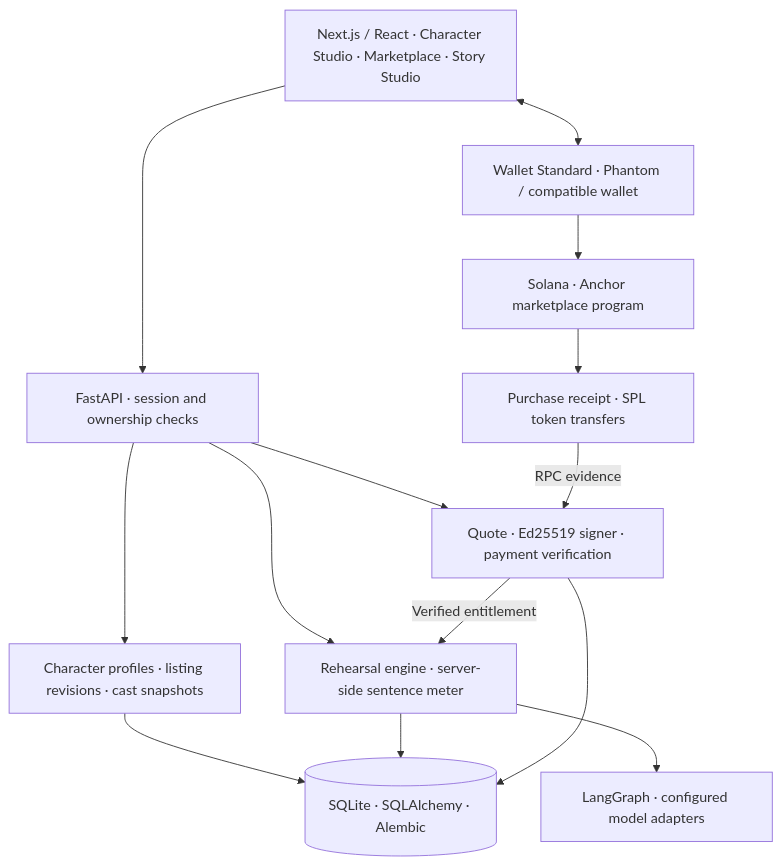
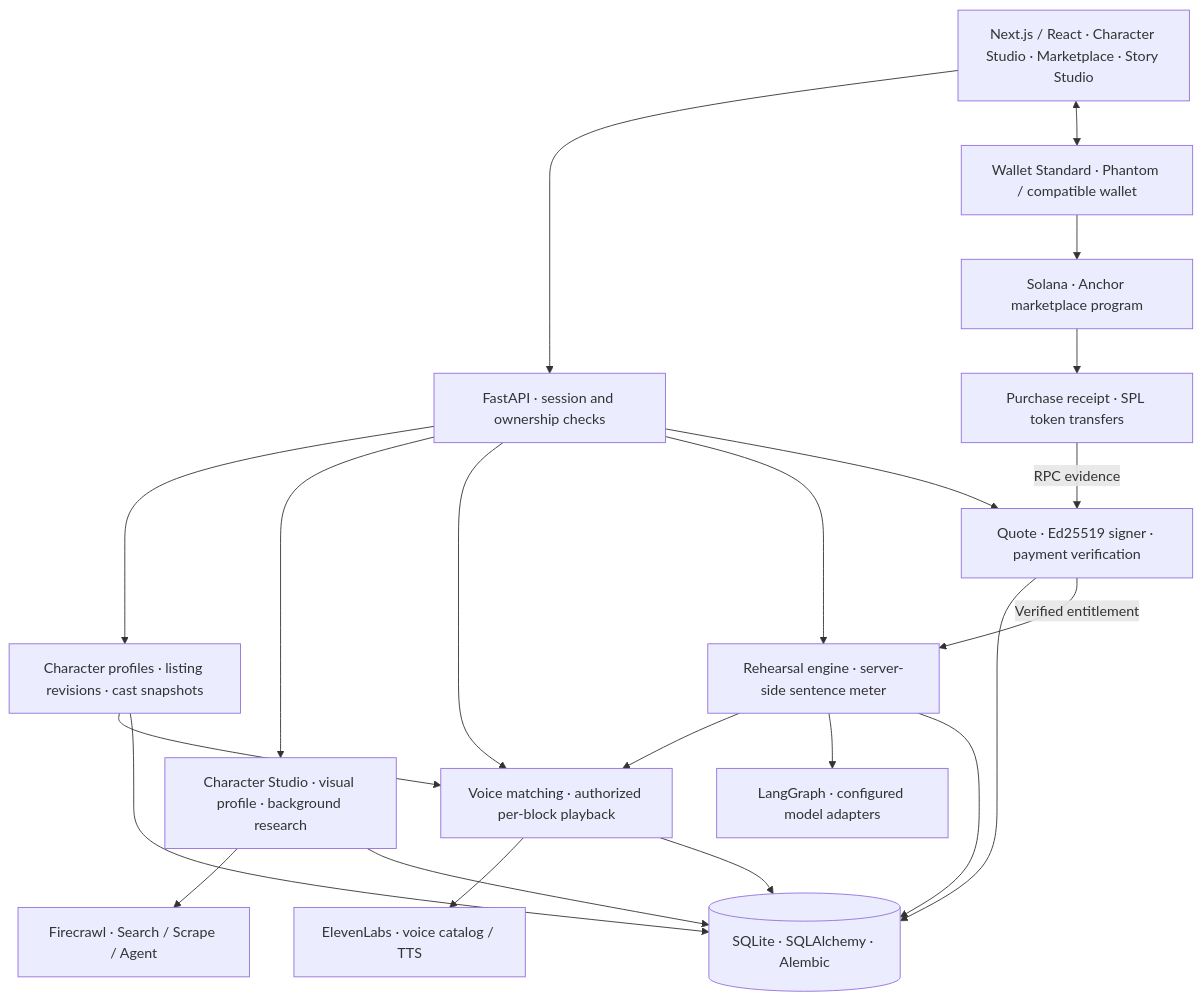
Before and after one commit to Roxyh-code/Echoloom_marketplace: the fourth of 5 diagrams in README.md, drawn with Mermaid. The commit also changed other lines of this file and 4 other files, not shown here.

Commit message:
docs: describe Firecrawl research and ElevenLabs voice workflows

````diff
--- a/README.md
+++ b/README.md
@@ -112,26 +164,38 @@
 ```mermaid
 flowchart TB
     UI["Next.js / React · Character Studio · Marketplace · Story Studio"]
     WALLET["Wallet Standard · Phantom / compatible wallet"]
     API["FastAPI · session and ownership checks"]
     MARKET["Character profiles · listing revisions · cast snapshots"]
+    CREATE["Character Studio · visual profile · background research"]
+    FIRE["Firecrawl · Search / Scrape / Agent"]
+    VOICE["Voice matching · authorized per-block playback"]
+    ELEVEN["ElevenLabs · voice catalog / TTS"]
     STORY["Rehearsal engine · server-side sentence meter"]
     GRAPH["LangGraph · configured model adapters"]
     PAY["Quote · Ed25519 signer · payment verification"]
     DB[("SQLite · SQLAlchemy · Alembic")]
     CHAIN["Solana · Anchor marketplace program"]
     RECEIPT["Purchase receipt · SPL token transfers"]
     UI --> API
     UI <--> WALLET
     API --> MARKET
+    API --> CREATE
+    API --> VOICE
+    CREATE --> FIRE
+    CREATE --> DB
+    VOICE --> ELEVEN
+    VOICE --> DB
+    MARKET --> VOICE
+    STORY --> VOICE
     API --> STORY
     API --> PAY
     STORY --> GRAPH
     MARKET --> DB
     STORY --> DB
     PAY --> DB
     WALLET --> CHAIN
     CHAIN --> RECEIPT
     RECEIPT -->|"RPC evidence"| PAY
     PAY -->|"Verified entitlement"| STORY
 ```
````
